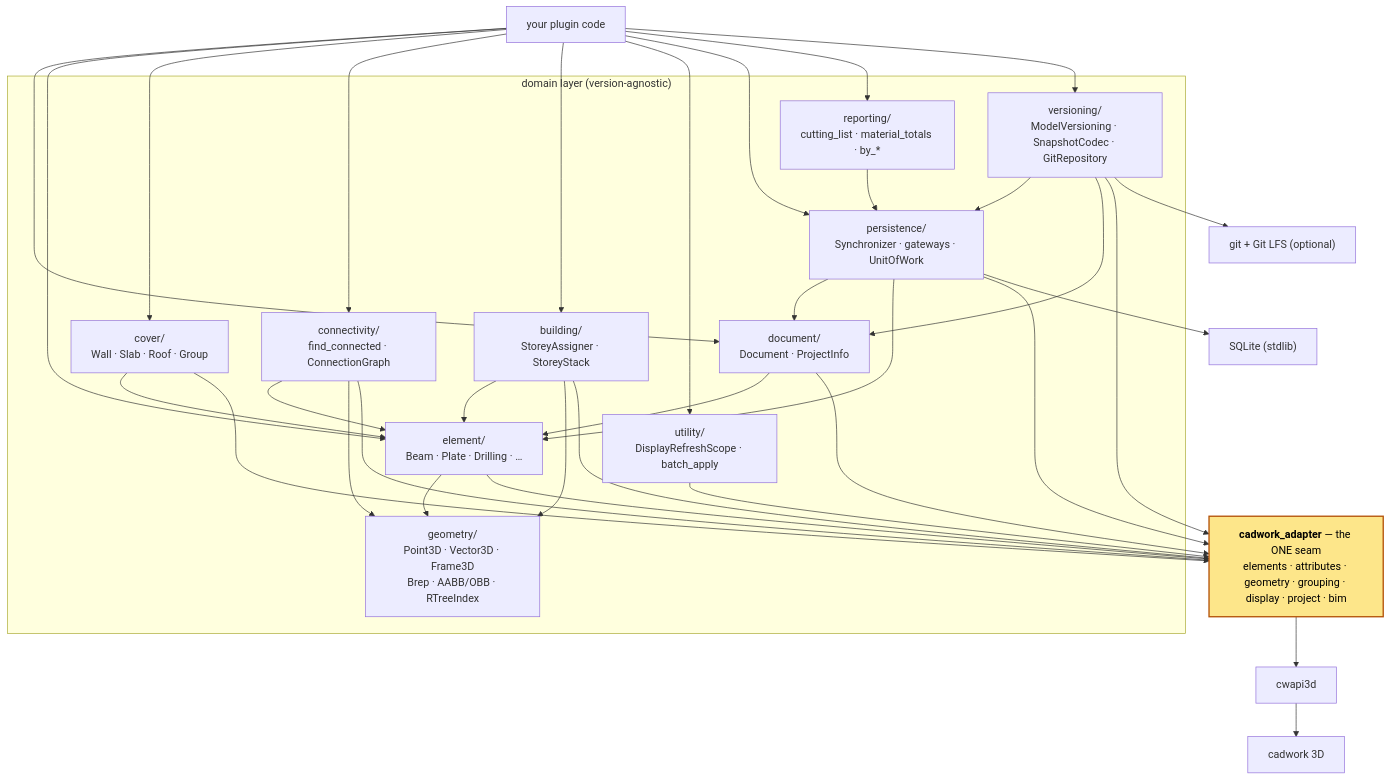
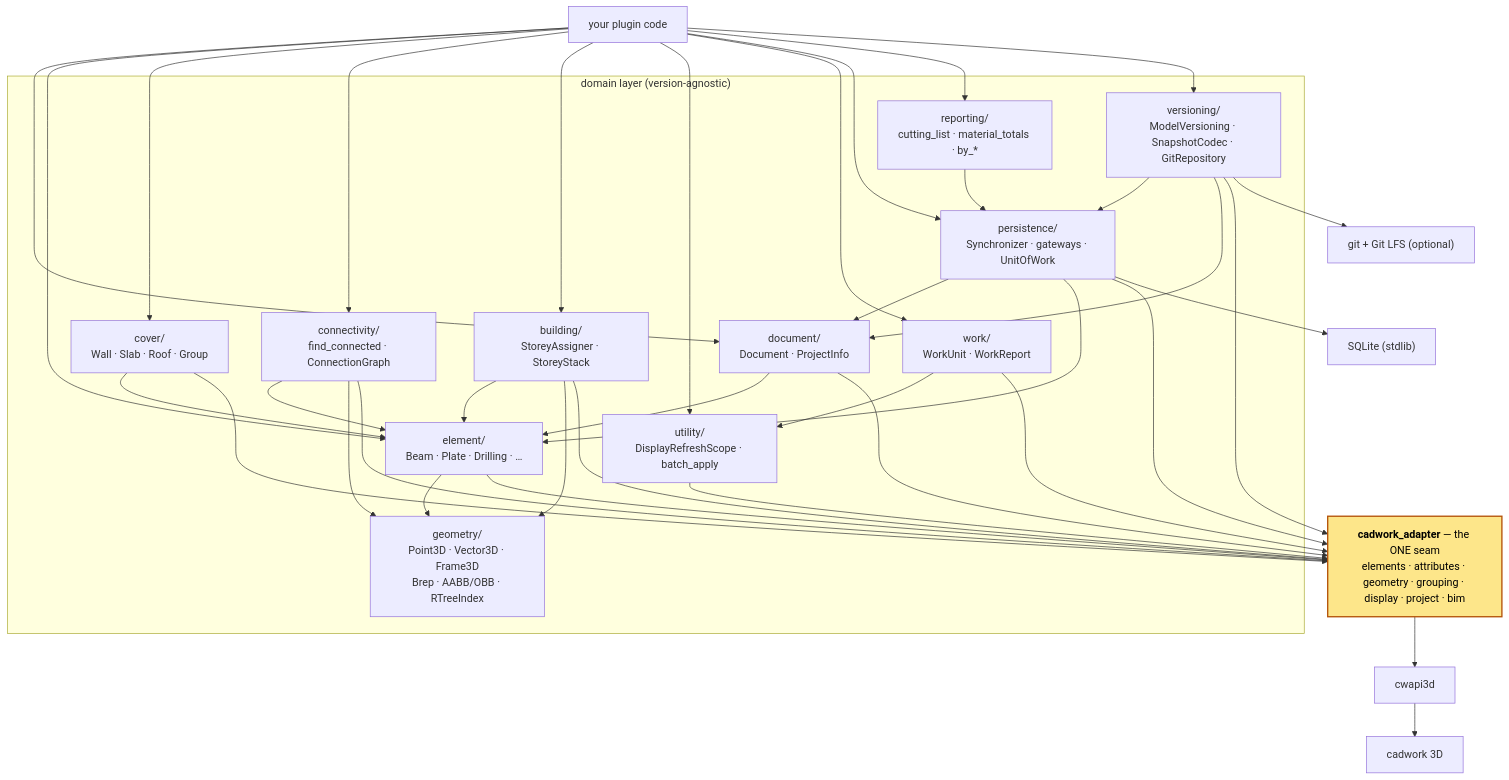
Before and after one commit to Brunner246/pycadwork: the diagram in docs/architecture.md, drawn with Mermaid. The commit also changed other lines of this file and 5 other files, not shown here.

First line of the commit message:
Teach WorkUnit via docs, examples, and package listings

````diff
--- a/docs/architecture.md
+++ b/docs/architecture.md
@@ -3,40 +3,42 @@
 ```mermaid
 flowchart TD
     app["your plugin code"]
 
     subgraph domain["domain layer (version-agnostic)"]
         document["document/<br/>Document · ProjectInfo"]
         element["element/<br/>Beam · Plate · Drilling · …"]
         cover["cover/<br/>Wall · Slab · Roof · Group"]
         connectivity["connectivity/<br/>find_connected · ConnectionGraph"]
         building["building/<br/>StoreyAssigner · StoreyStack"]
         geometry["geometry/<br/>Point3D · Vector3D · Frame3D<br/>Brep · AABB/OBB · RTreeIndex"]
         utility["utility/<br/>DisplayRefreshScope · batch_apply"]
+        work["work/<br/>WorkUnit · WorkReport"]
         persistence["persistence/<br/>Synchronizer · gateways · UnitOfWork"]
         reporting["reporting/<br/>cutting_list · material_totals · by_*"]
         versioning["versioning/<br/>ModelVersioning · SnapshotCodec · GitRepository"]
     end
 
     sqlite["SQLite (stdlib)"]
     git["git + Git LFS (optional)"]
     seam["<b>cadwork_adapter</b> — the ONE seam<br/>elements · attributes · geometry · grouping · display · project · bim"]
     cwapi3d["cwapi3d"]
     cadwork["cadwork 3D"]
     
-    app --> document & element & cover & connectivity & building & utility & persistence & reporting & versioning
+    app --> document & element & cover & connectivity & building & utility & work & persistence & reporting & versioning
     document --> element
     element --> geometry
     cover --> element
     connectivity --> element & geometry
     building --> element & geometry
+    work --> utility
     persistence --> document & element
     reporting --> persistence
     versioning --> persistence & document
-    document & element & cover & connectivity & building & utility & persistence & versioning --> seam
+    document & element & cover & connectivity & building & utility & work & persistence & versioning --> seam
     persistence --> sqlite
     versioning --> git
     seam --> cwapi3d --> cadwork
     
     classDef seamStyle fill:#fde68a,stroke:#b45309,stroke-width:2px,color:#000000;
     class seam seamStyle
 ```
````
